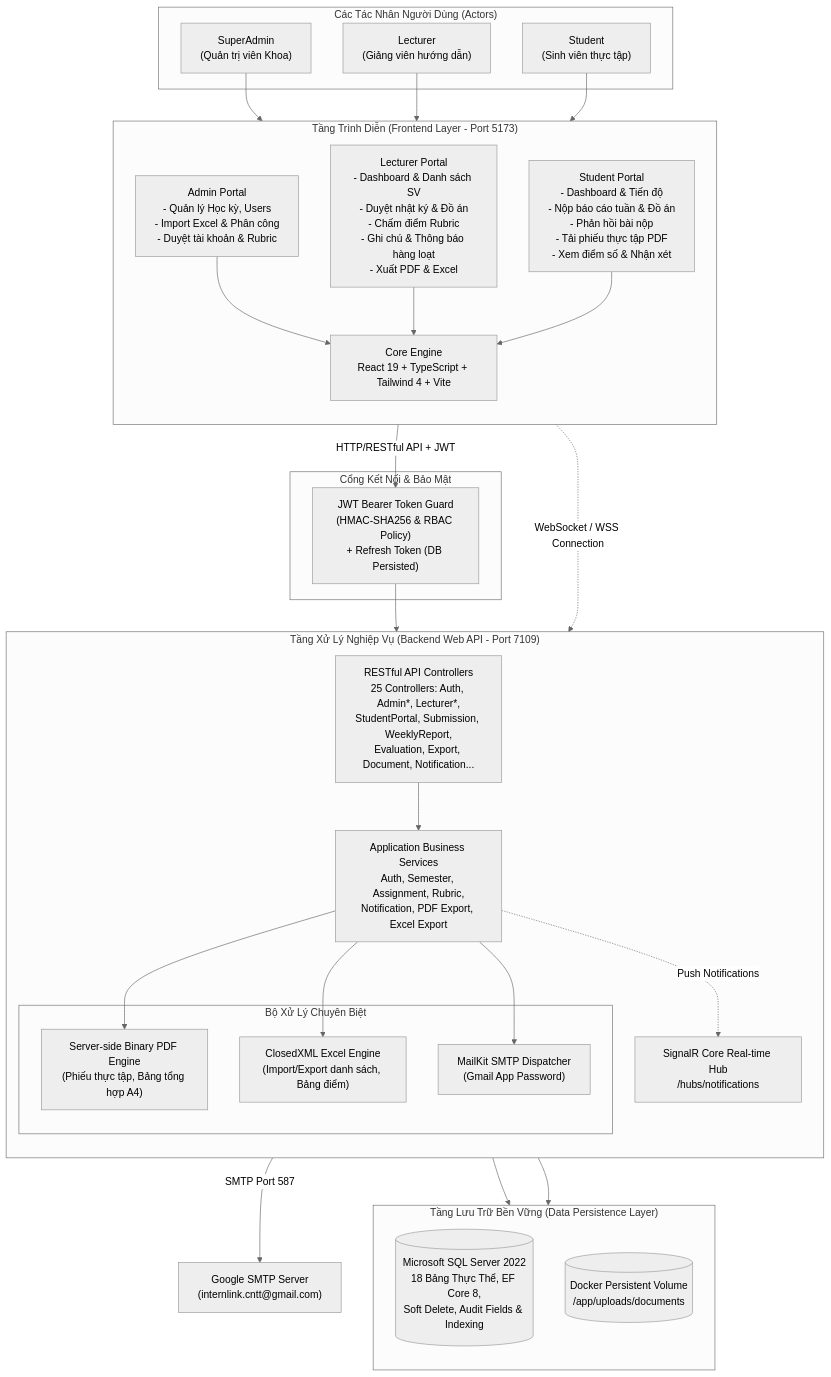
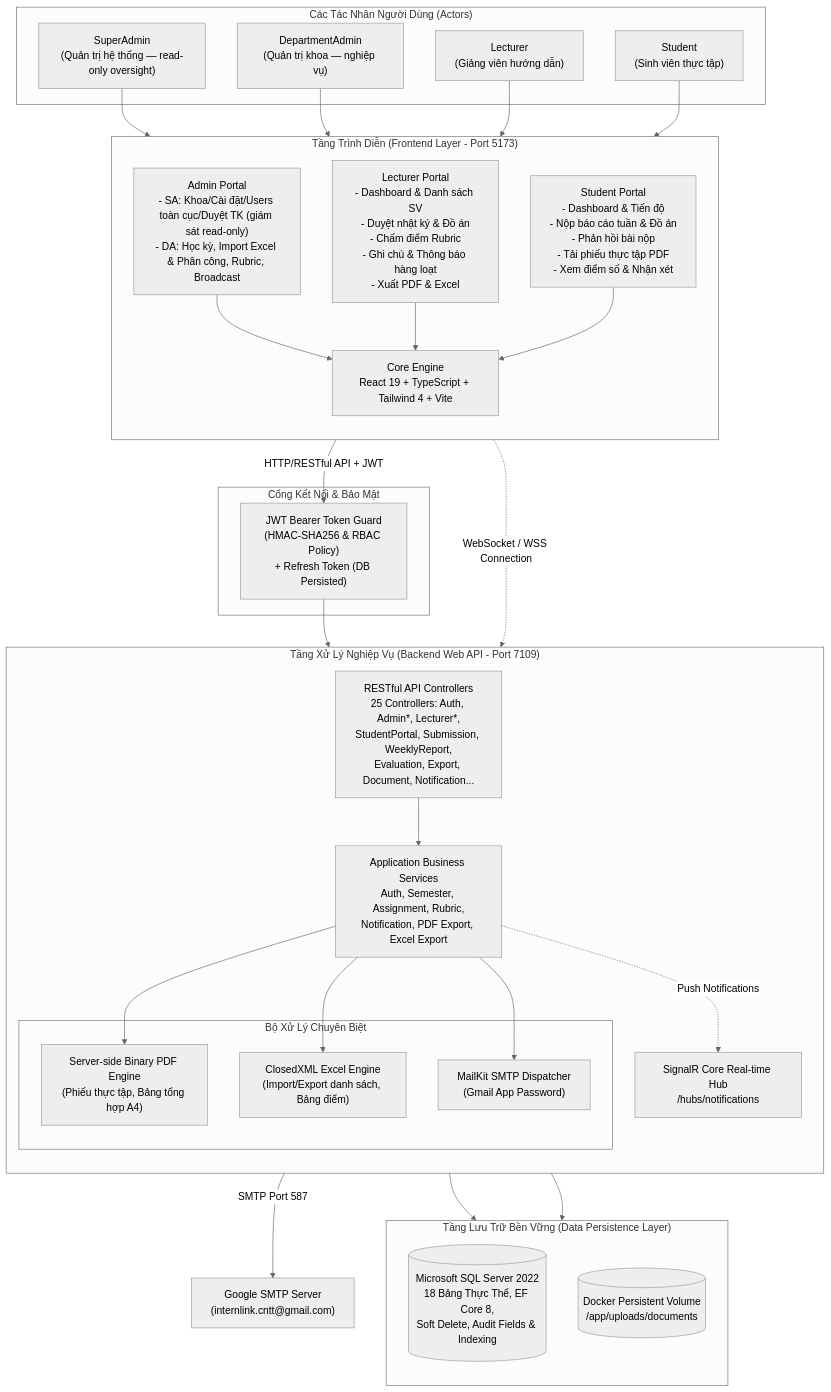
The diagram in docs/images/architecture/overall-architecture.md (th2806-dev/internlink), drawn with Mermaid (neutral theme) before and after one commit. The commit also changed other lines of this file and 6 other files, not shown here.

First line of the commit message:
docs: align vision/SRS/usecase docs with SuperAdmin vs DepartmentAdmin boundary

````diff
--- a/docs/images/architecture/overall-architecture.md
+++ b/docs/images/architecture/overall-architecture.md
@@ -9,62 +9,64 @@
 ```mermaid
 flowchart TB
     subgraph Users["Các Tác Nhân Người Dùng (Actors)"]
-        SA["SuperAdmin<br/>(Quản trị viên Khoa)"]
+        SA["SuperAdmin<br/>(Quản trị hệ thống — read-only oversight)"]
+        DA["DepartmentAdmin<br/>(Quản trị khoa — nghiệp vụ)"]
         L["Lecturer<br/>(Giảng viên hướng dẫn)"]
         S["Student<br/>(Sinh viên thực tập)"]
     end
 
     subgraph Frontend["Tầng Trình Diễn (Frontend Layer - Port 5173)"]
         direction TB
-        F_ADMIN["Admin Portal<br/>- Quản lý Học kỳ, Users<br/>- Import Excel & Phân công<br/>- Duyệt tài khoản & Rubric"]
+        F_ADMIN["Admin Portal<br/>- SA: Khoa/Cài đặt/Users toàn cục/Duyệt TK (giám sát read-only)<br/>- DA: Học kỳ, Import Excel & Phân công, Rubric, Broadcast"]
         F_LEC["Lecturer Portal<br/>- Dashboard & Danh sách SV<br/>- Duyệt nhật ký & Đồ án<br/>- Chấm điểm Rubric<br/>- Ghi chú & Thông báo hàng loạt<br/>- Xuất PDF & Excel"]
         F_STU["Student Portal<br/>- Dashboard & Tiến độ<br/>- Nộp báo cáo tuần & Đồ án<br/>- Phản hồi bài nộp<br/>- Tải phiếu thực tập PDF<br/>- Xem điểm số & Nhận xét"]
         F_CORE["Core Engine<br/>React 19 + TypeScript + Tailwind 4 + Vite"]
     end
 
     subgraph Gateway["Cổng Kết Nối & Bảo Mật"]
         JWT_GUARD["JWT Bearer Token Guard<br/>(HMAC-SHA256 & RBAC Policy)<br/>+ Refresh Token (DB Persisted)"]
     end
 
     subgraph Backend["Tầng Xử Lý Nghiệp Vụ (Backend Web API - Port 7109)"]
         direction TB
         API_CTRL["RESTful API Controllers<br/>25 Controllers: Auth, Admin*, Lecturer*,<br/>StudentPortal, Submission, WeeklyReport,<br/>Evaluation, Export, Document, Notification..."]
         APP_SVC["Application Business Services<br/>Auth, Semester, Assignment, Rubric,<br/>Notification, PDF Export, Excel Export"]
         SIG_HUB["SignalR Core Real-time Hub<br/>/hubs/notifications"]
         
         subgraph Engines["Bộ Xử Lý Chuyên Biệt"]
             PDF_GEN["Server-side Binary PDF Engine<br/>(Phiếu thực tập, Bảng tổng hợp A4)"]
             XLSX_GEN["ClosedXML Excel Engine<br/>(Import/Export danh sách, Bảng điểm)"]
             MAIL_SVC["MailKit SMTP Dispatcher<br/>(Gmail App Password)"]
         end
     end
 
     subgraph Data["Tầng Lưu Trữ Bền Vững (Data Persistence Layer)"]
         direction TB
         DB_SQL[("Microsoft SQL Server 2022<br/>18 Bảng Thực Thể, EF Core 8,<br/>Soft Delete, Audit Fields & Indexing")]
         STORAGE_VOL[("Docker Persistent Volume<br/>/app/uploads/documents")]
     end
 
     SA --> F_ADMIN
+    DA --> F_ADMIN
     L --> F_LEC
     S --> F_STU
 
     F_ADMIN --> F_CORE
     F_LEC --> F_CORE
     F_STU --> F_CORE
 
     F_CORE -->|HTTP/RESTful API + JWT| JWT_GUARD
     F_CORE -.->|WebSocket / WSS Connection| SIG_HUB
 
     JWT_GUARD --> API_CTRL
 
     API_CTRL --> APP_SVC
     APP_SVC --> PDF_GEN
     APP_SVC --> XLSX_GEN
     APP_SVC --> MAIL_SVC
     APP_SVC -.->|Push Notifications| SIG_HUB
 
     APP_SVC --> DB_SQL
     APP_SVC --> STORAGE_VOL
     MAIL_SVC -->|SMTP Port 587| GMAIL_EXT["Google SMTP Server<br/>(internlink.cntt@gmail.com)"]
 ```
````
